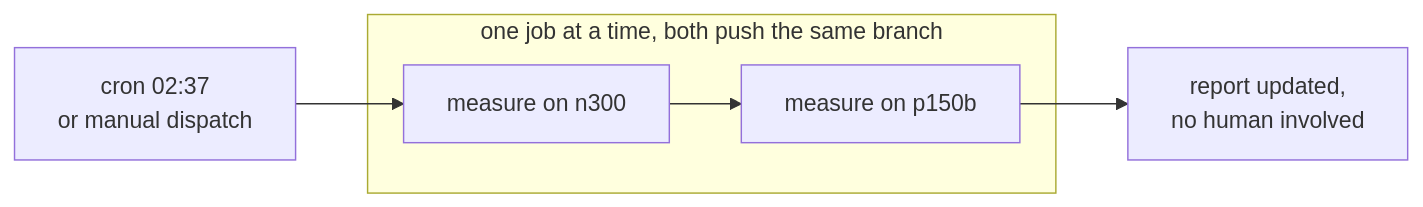
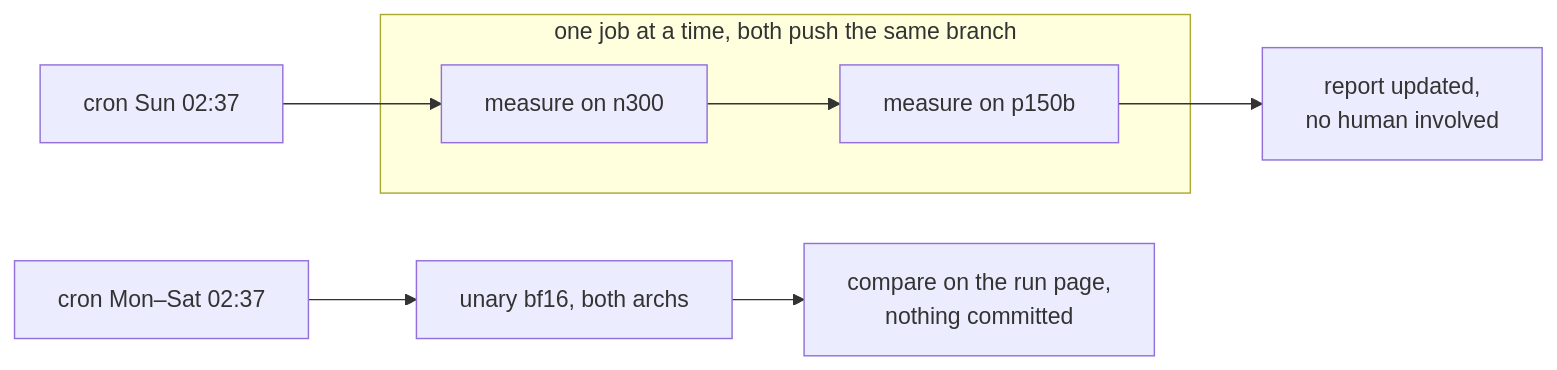
One commit to tenstorrent/tt-eltwise-accuracy-report changed the second of 4 diagrams in .github/workflows/README.md. Above: the diagram before and after it, drawn with Mermaid. The commit also changed other lines of this file and 8 other files, not shown here.

````diff
--- a/.github/workflows/README.md
+++ b/.github/workflows/README.md
@@ -77,8 +105,10 @@
 ```mermaid
 flowchart LR
-    CRON["cron 02:37<br/>or manual dispatch"] --> WH
+    SUN["cron Sun 02:37"] --> WH
     subgraph serial["one job at a time, both push the same branch"]
         WH["measure on n300"] --> BH["measure on p150b"]
     end
     BH --> DONE["report updated,<br/>no human involved"]
+    NIGHT["cron Mon–Sat 02:37"] --> SUB["unary bf16, both archs"]
+    SUB --> WARN["compare on the run page,<br/>nothing committed"]
 ```
````
